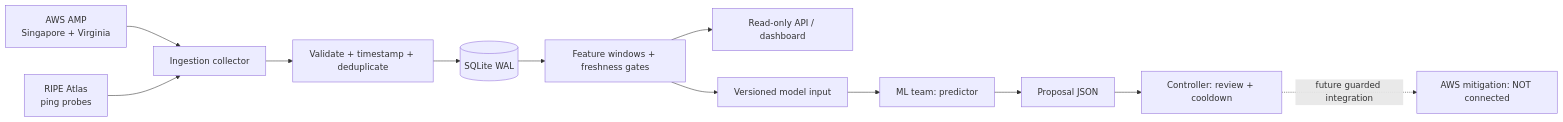
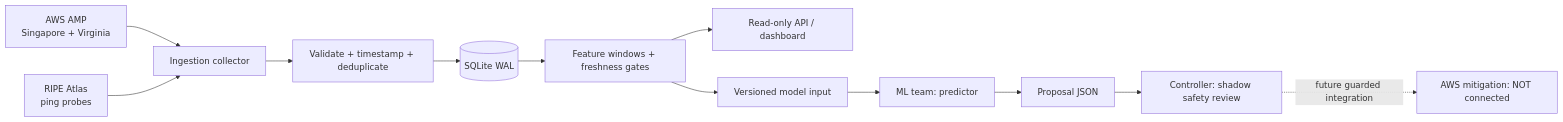
Before and after one commit to Linus-Tay/adaptivenet: the diagram in README.md, drawn with Mermaid. The commit also changed other lines of this file, not shown here.

````diff
--- a/README.md
+++ b/README.md
@@ -48,14 +48,14 @@
 ```mermaid
 flowchart LR
     AWS[AWS AMP<br/>Singapore + Virginia] --> C[Ingestion collector]
     RIPE[RIPE Atlas<br/>ping probes] --> C
     C --> V[Validate + timestamp + deduplicate]
     V --> DB[(SQLite WAL)]
     DB --> F[Feature windows + freshness gates]
     F --> API[Read-only API / dashboard]
     F --> M[Versioned model input]
     M --> ML[ML team: predictor]
     ML --> P[Proposal JSON]
-    P --> CTRL[Controller: review + cooldown]
+    P --> CTRL[Controller: shadow safety review]
     CTRL -. future guarded integration .-> X[AWS mitigation: NOT connected]
 ```
````
